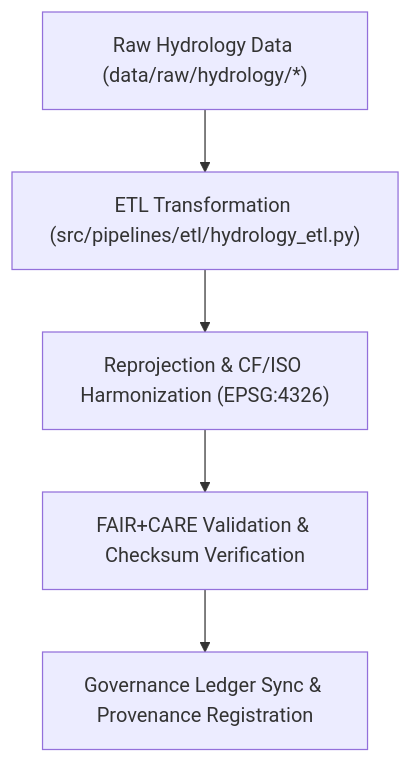
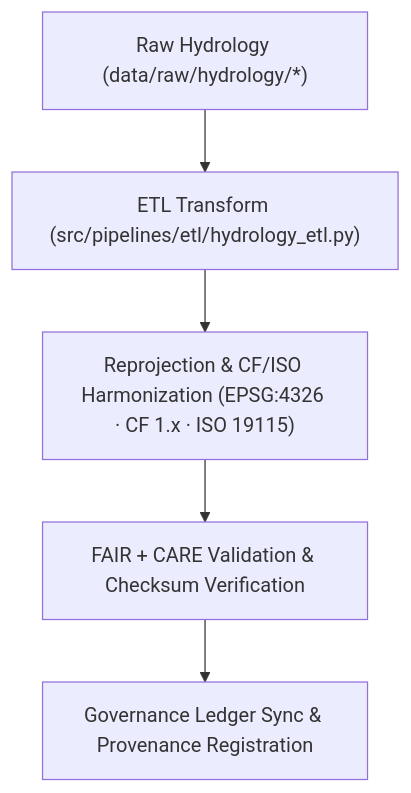
The diagram in data/work/tmp/hydrology/transforms/README.md (bartytime4life/Kansas-Frontier-Matrix), drawn with Mermaid before and after one commit. The commit also changed other lines of this file, not shown here.

````diff
--- a/data/work/tmp/hydrology/transforms/README.md
+++ b/data/work/tmp/hydrology/transforms/README.md
@@ -66,7 +68,7 @@
 ```mermaid
 flowchart TD
-    A["Raw Hydrology Data (data/raw/hydrology/*)"] --> B["ETL Transformation (src/pipelines/etl/hydrology_etl.py)"]
-    B --> C["Reprojection & CF/ISO Harmonization (EPSG:4326)"]
-    C --> D["FAIR+CARE Validation & Checksum Verification"]
+    A["Raw Hydrology (data/raw/hydrology/*)"] --> B["ETL Transform (src/pipelines/etl/hydrology_etl.py)"]
+    B --> C["Reprojection & CF/ISO Harmonization (EPSG:4326 · CF 1.x · ISO 19115)"]
+    C --> D["FAIR + CARE Validation & Checksum Verification"]
     D --> E["Governance Ledger Sync & Provenance Registration"]
 ```
````
